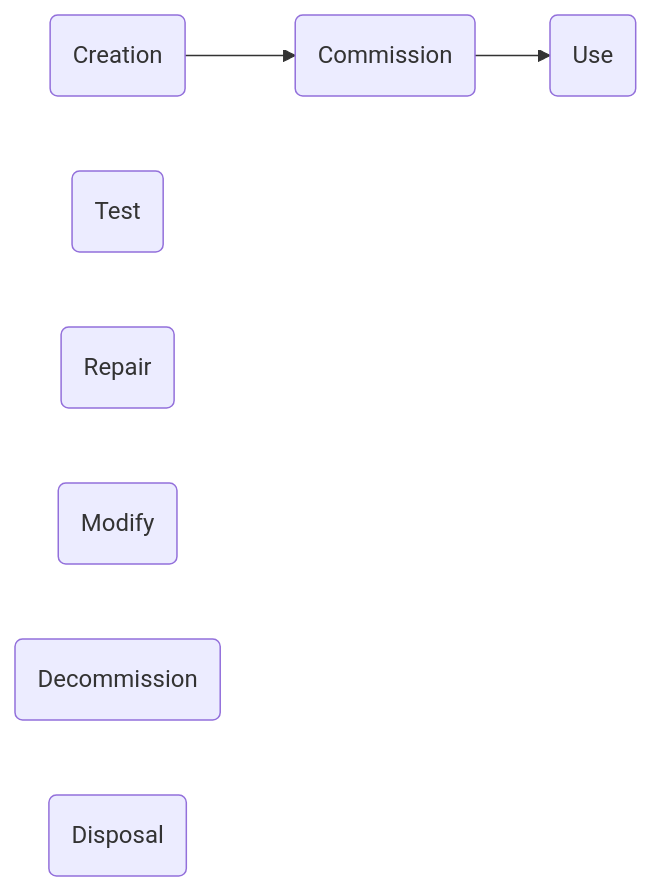
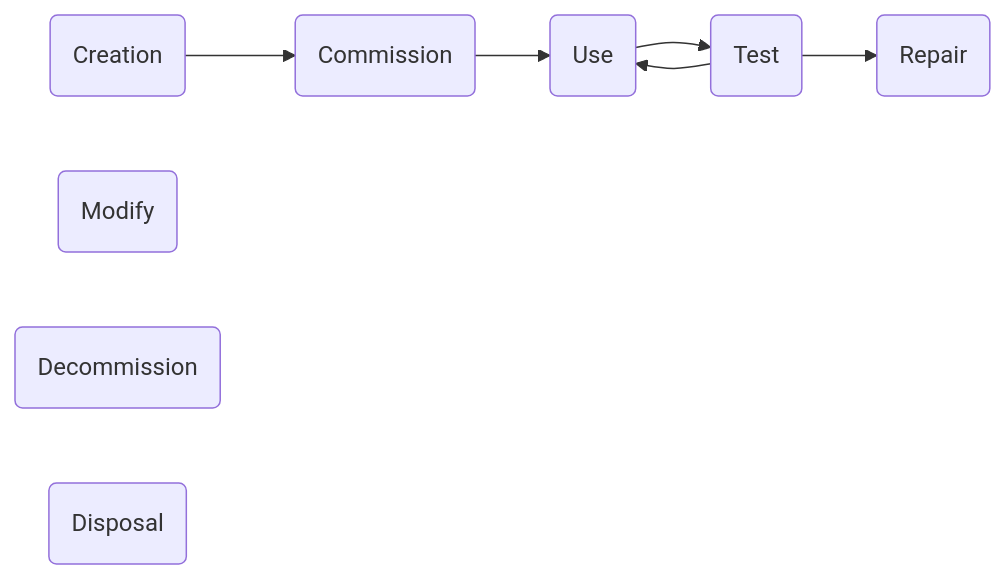
Before and after one commit to srobo/kitbook: the diagram in asset-tracking.md, drawn with Mermaid.

Commit message:
Updates asset-tracking.md
Auto commit by GitBook Editor

```diff
--- a/asset-tracking.md
+++ b/asset-tracking.md
@@ -21,14 +21,17 @@
 {% mermaid %}
 graph LR
   create(Creation)
   commission(Commission)
   use(Use)
   test(Test)
   repair(Repair)
   modify(Modify)
   decommission(Decommission)
   disposal(Disposal)
   
   create-->commission
   commission-->use
+  use-->test
+  test-->repair
+  test-->use
 {% endmermaid %}
```
